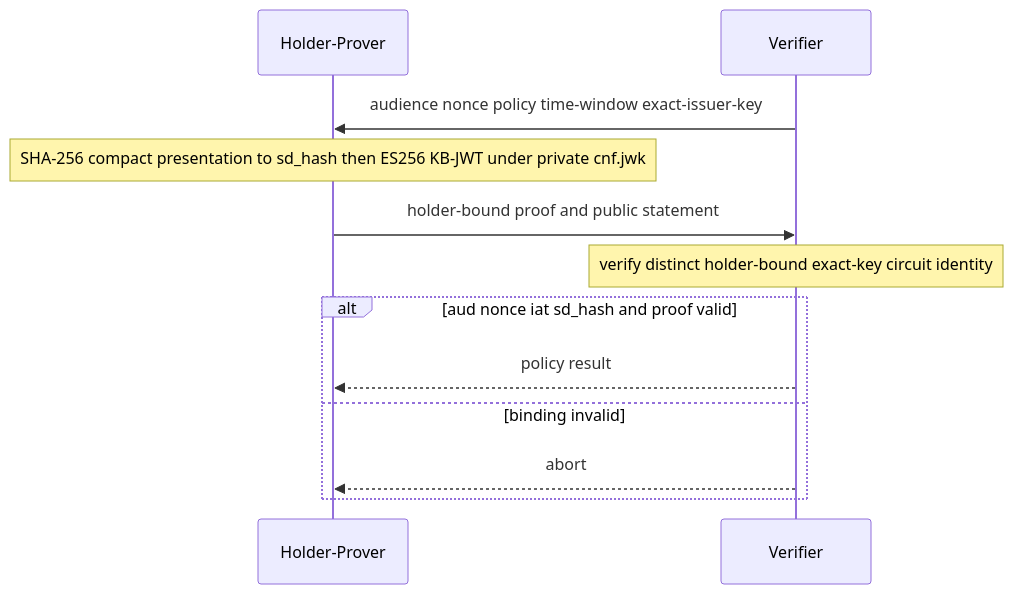
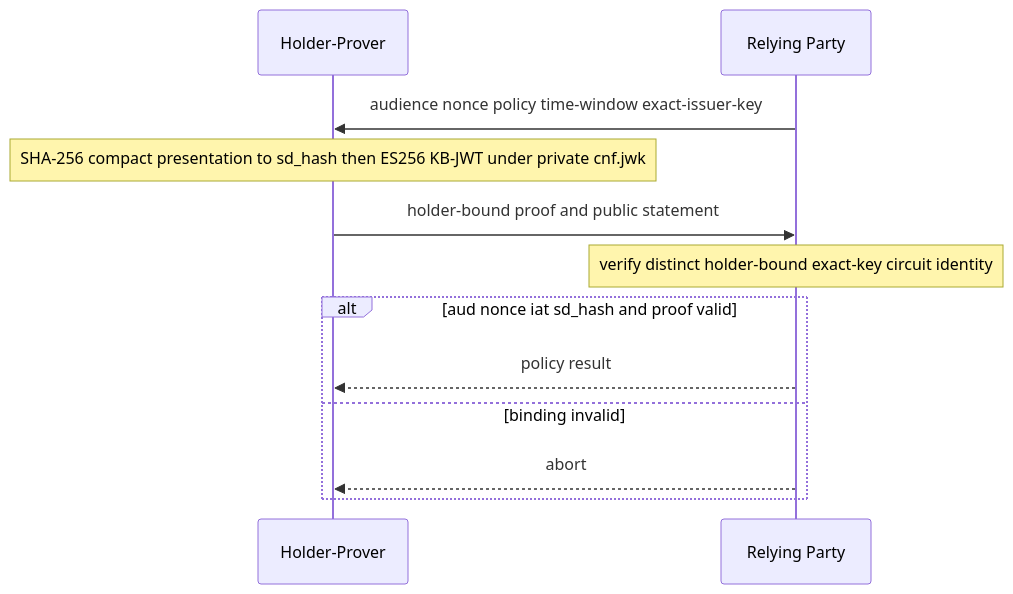
Before and after one commit to ForkbombEu/sd-jwt-zk: the third of 6 diagrams in spec/protocol-sequences.md, drawn with Mermaid. The commit also changed other lines of this file and 43 other files, not shown here.

````diff
--- a/spec/protocol-sequences.md
+++ b/spec/protocol-sequences.md
@@ -38,14 +38,14 @@
 ```mermaid
 sequenceDiagram
  participant H as Holder-Prover
- participant V as Verifier
- V->>H: audience nonce policy time-window exact-issuer-key
+ participant RP as Relying Party
+ RP->>H: audience nonce policy time-window exact-issuer-key
  Note over H: SHA-256 compact presentation to sd_hash then ES256 KB-JWT under private cnf.jwk
- H->>V: holder-bound proof and public statement
- Note over V: verify distinct holder-bound exact-key circuit identity
+ H->>RP: holder-bound proof and public statement
+ Note over RP: verify distinct holder-bound exact-key circuit identity
  alt aud nonce iat sd_hash and proof valid
-  V-->>H: policy result
+  RP-->>H: policy result
  else binding invalid
-  V-->>H: abort
+  RP-->>H: abort
  end
 ```
````
